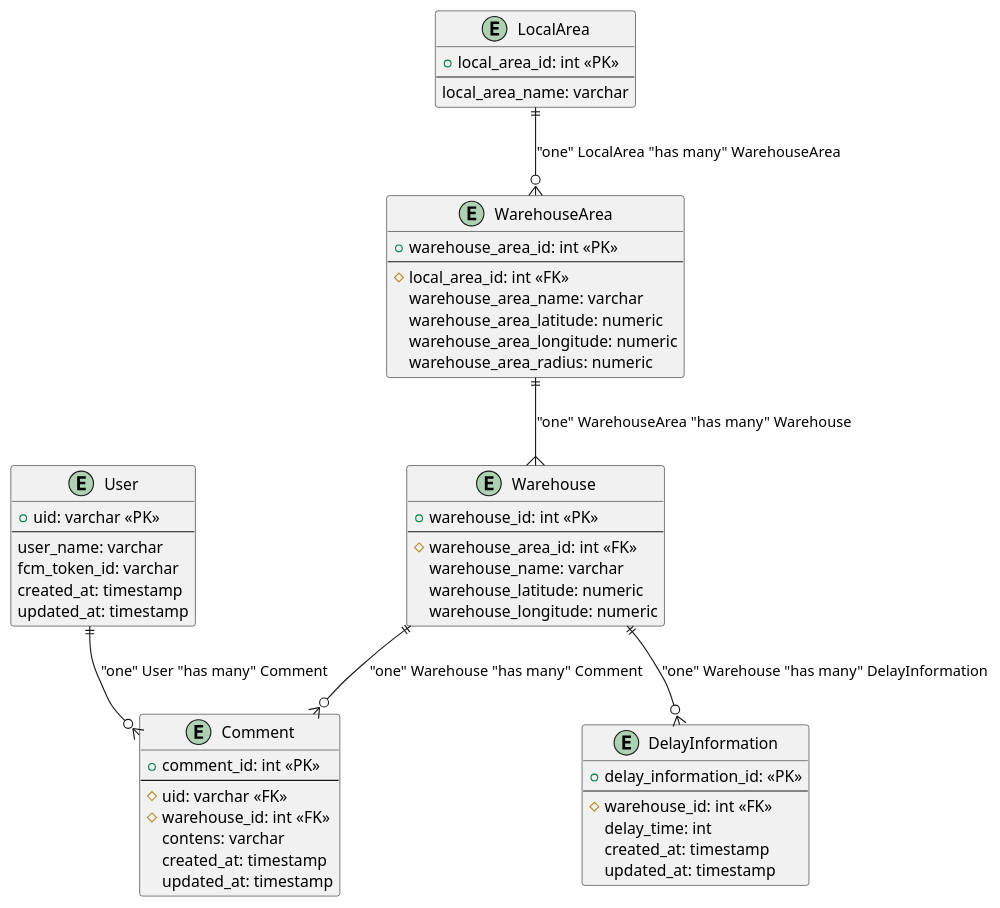
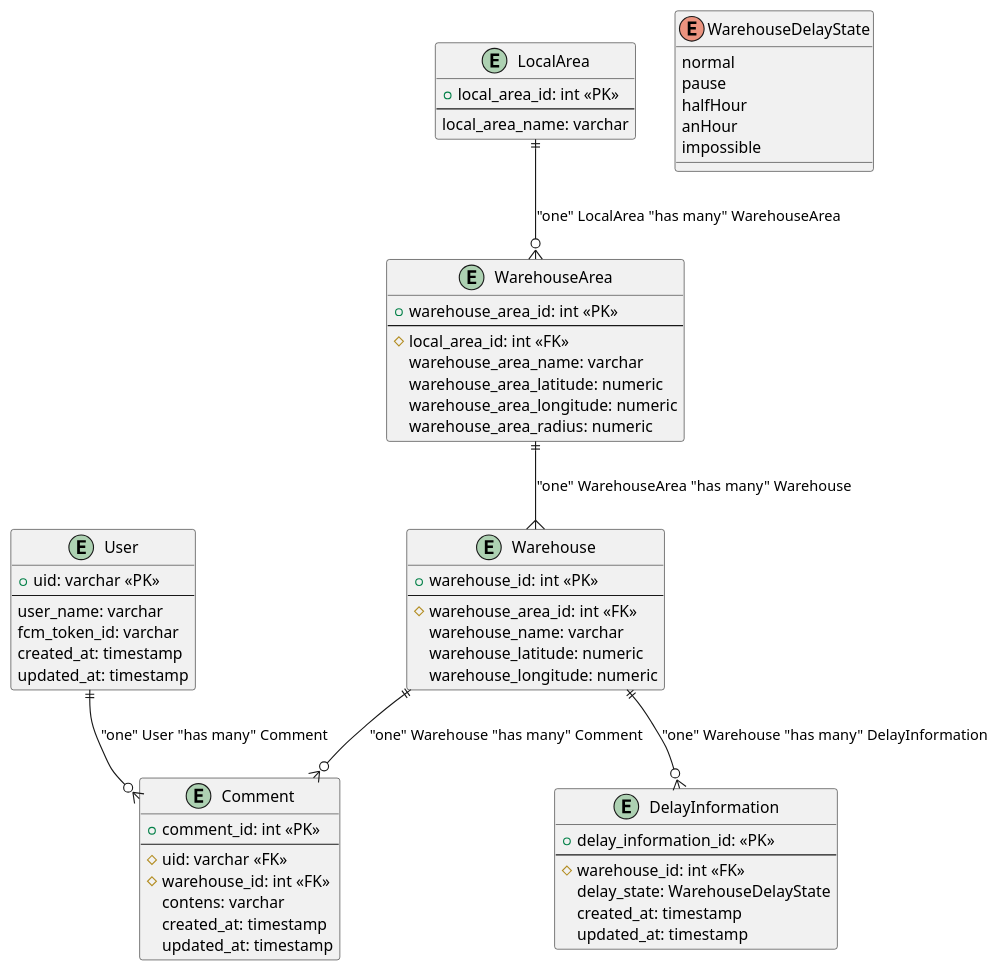
The diagram in docs/ER.puml (SEIZENSETSU/fleet-tracker-backend), drawn with PlantUML before and after one commit.

Commit message:
feat: delayStatueをEnumに変更

```diff
--- a/docs/ER.puml
+++ b/docs/ER.puml
@@ -1,62 +1,70 @@
 @startuml fleet-tracker
 
 entity User as "User" {
     + uid: varchar <<PK>>
     --
     user_name: varchar
     fcm_token_id: varchar
     created_at: timestamp
     updated_at: timestamp
 }
 
 entity LocalArea as "LocalArea" {
     + local_area_id: int <<PK>>
     --
     local_area_name: varchar
 }
 
 entity WarehouseArea as "WarehouseArea" {
     + warehouse_area_id: int <<PK>>
     --
     # local_area_id: int <<FK>>
     warehouse_area_name: varchar
     warehouse_area_latitude: numeric
     warehouse_area_longitude: numeric
     warehouse_area_radius: numeric
 }
 
 entity Warehouse as "Warehouse" {
     + warehouse_id: int <<PK>>
     --
     # warehouse_area_id: int <<FK>>
     warehouse_name: varchar
     warehouse_latitude: numeric
     warehouse_longitude: numeric
 }
 
 entity DelayInformation as "DelayInformation" {
     + delay_information_id: <<PK>>
     --
     # warehouse_id: int <<FK>>
-    delay_time: int
+    delay_state: WarehouseDelayState
     created_at: timestamp
     updated_at: timestamp
+}
+
+enum WarehouseDelayState {
+  normal
+  pause
+  halfHour
+  anHour
+  impossible
 }
 
 entity Comment as "Comment" {
     + comment_id: int <<PK>>
     --
     # uid: varchar <<FK>>
     # warehouse_id: int <<FK>>
     contens: varchar
     created_at: timestamp
     updated_at: timestamp
 }
 
 "LocalArea" ||--o{ "WarehouseArea" : "one" LocalArea "has many" WarehouseArea
 "WarehouseArea" ||--{ "Warehouse" : "one" WarehouseArea "has many" Warehouse
 "Warehouse" ||--o{ "DelayInformation" : "one" Warehouse "has many" DelayInformation
 "User" ||--o{ "Comment" : "one" User "has many" Comment
 "Warehouse" ||--o{ "Comment" : "one" Warehouse "has many" Comment
 
 @enduml
```
